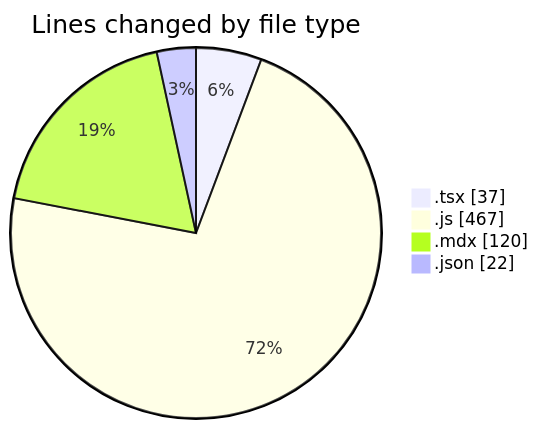
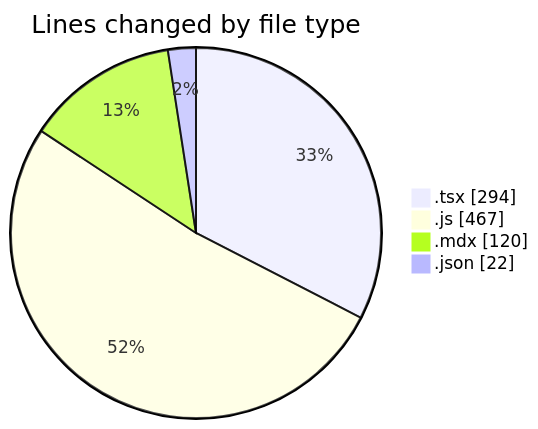
One commit to Elitesun/code-tracking changed the first of 2 diagrams in 2025-05-11/elitesun/README.md. Above: the diagram before and after it, drawn with Mermaid. The commit also changed other lines of this file and 1 other file, not shown here.

````diff
--- a/2025-05-11/elitesun/README.md
+++ b/2025-05-11/elitesun/README.md
@@ -25,8 +27,8 @@
 ```mermaid
 pie showData
 title Lines changed by file type
-".tsx" : 37
+".tsx" : 294
 ".js" : 467
 ".mdx" : 120
 ".json" : 22
 ```
````
